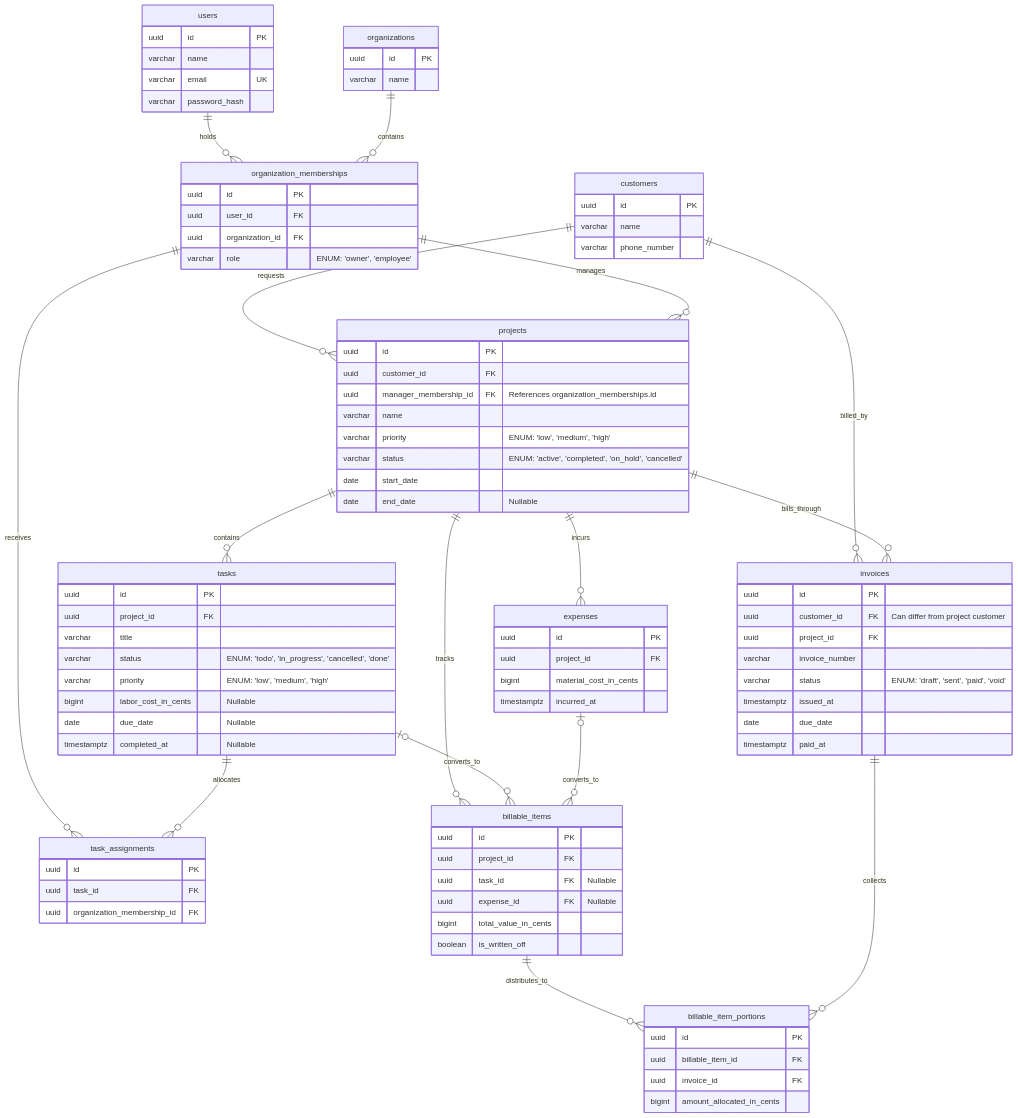
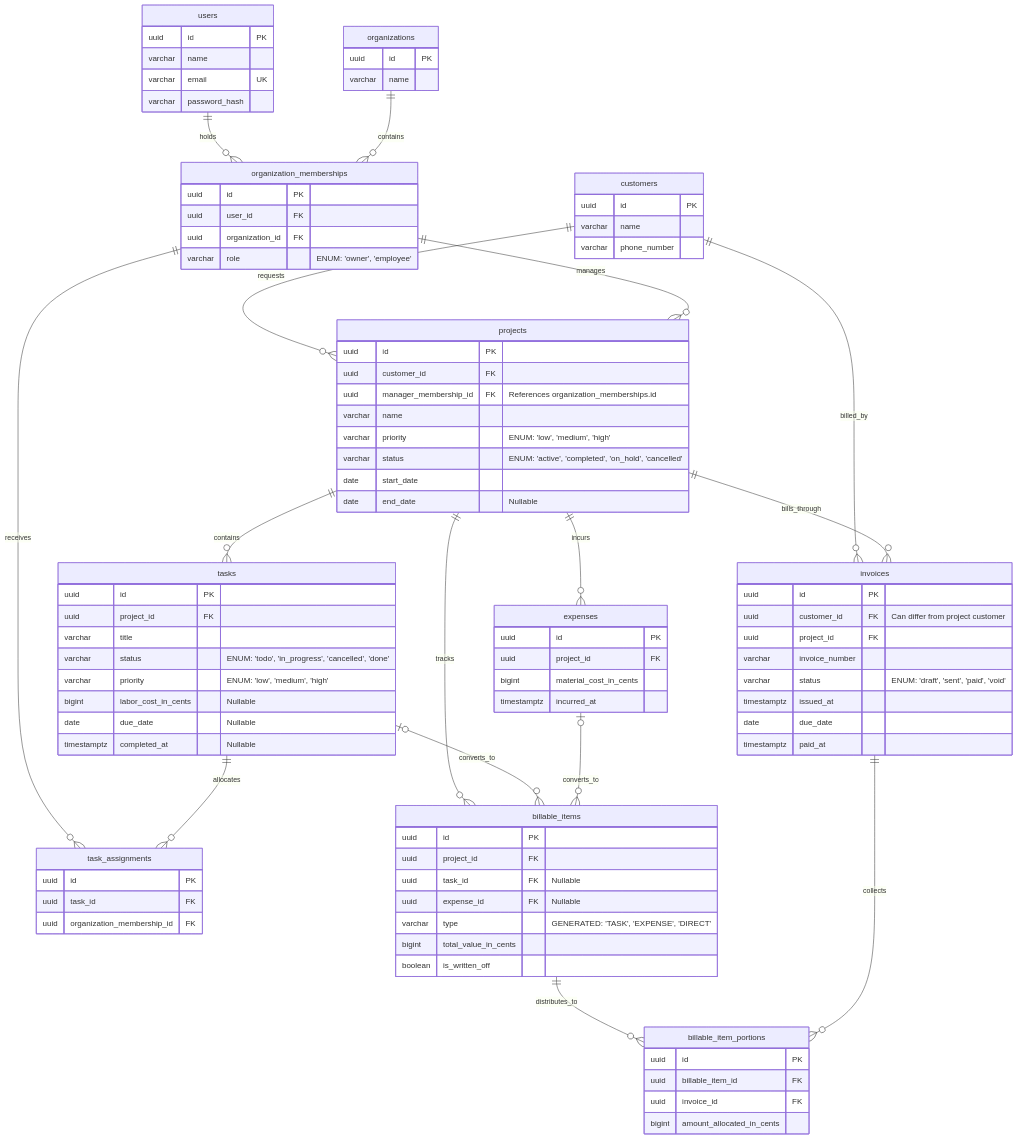
The diagram in docs/database.md (mauriciobarda/service-tenant-erp), drawn with Mermaid before and after one commit. The commit also changed other lines of this file, not shown here.

Commit message:
docs(database): add a type column on billable_items for better indexing

```diff
--- a/docs/database.md
+++ b/docs/database.md
@@ -94,6 +94,7 @@
         uuid project_id FK
         uuid task_id FK "Nullable"
         uuid expense_id FK "Nullable"
+        varchar type "GENERATED: 'TASK', 'EXPENSE', 'DIRECT'"
         bigint total_value_in_cents
         boolean is_written_off
     }
```
